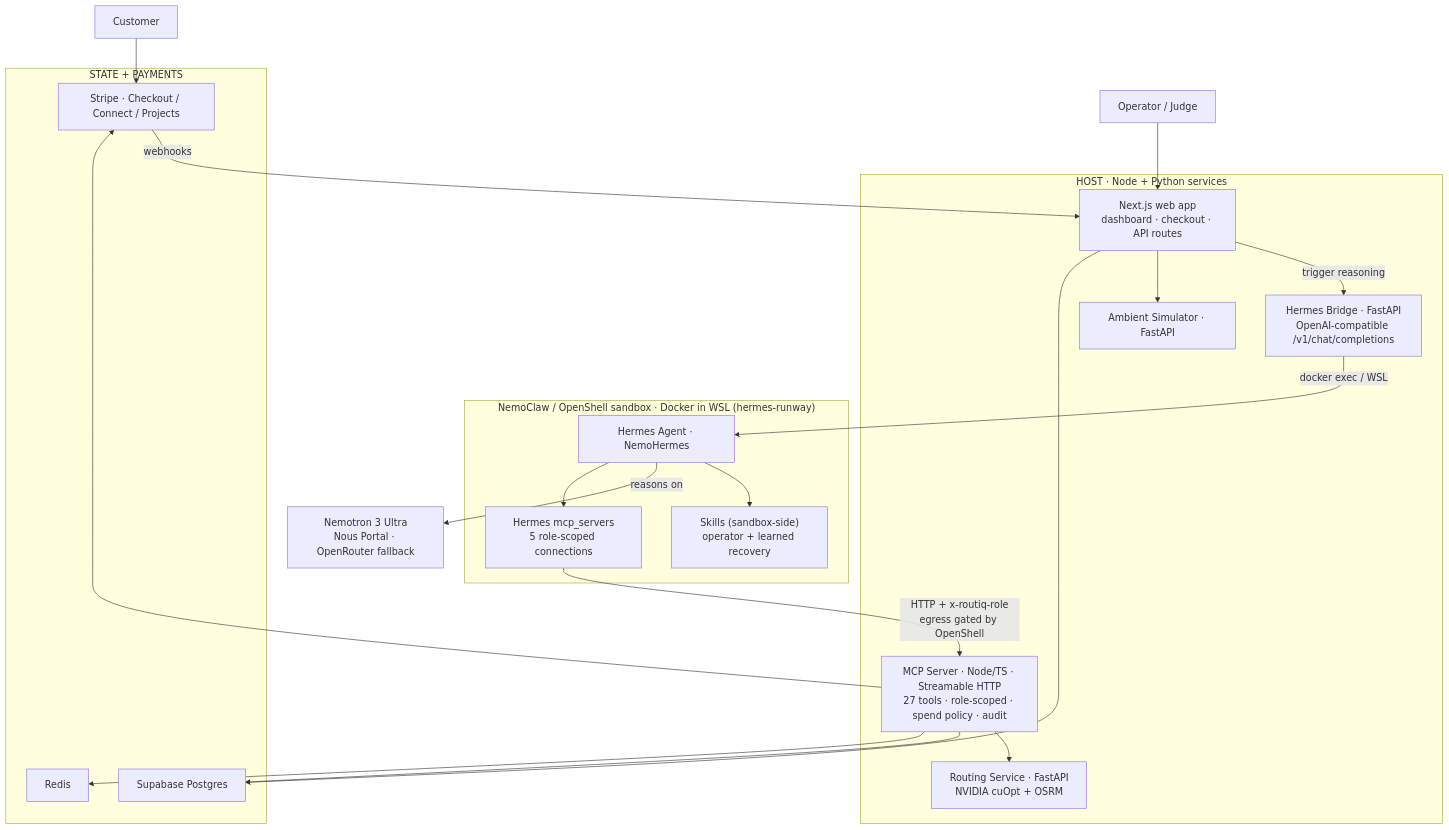
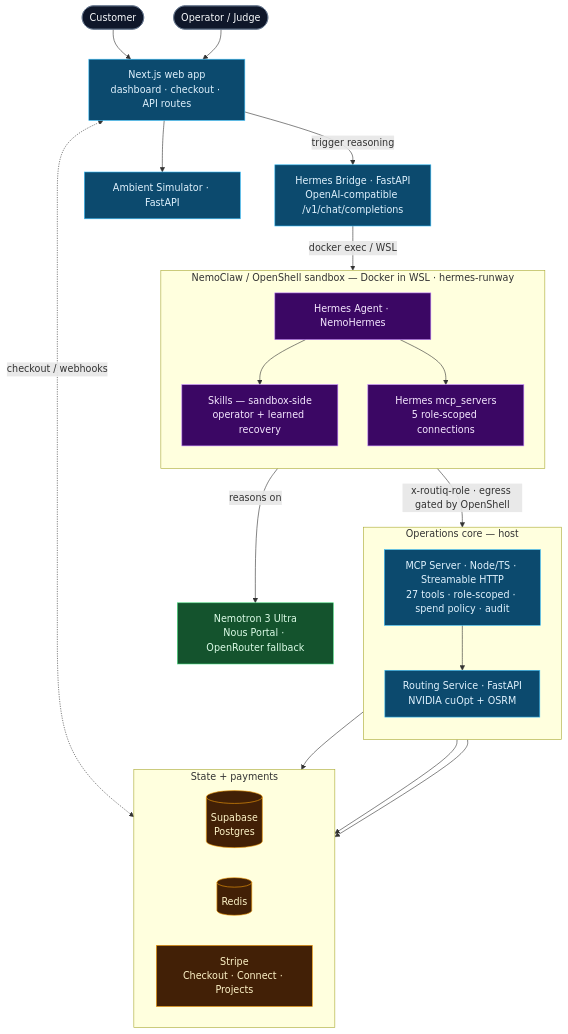
The diagram in README.md (Snehal707/HermesRoutiq), drawn with Mermaid before and after one commit. The commit also changed other lines of this file and 1 other file, not shown here.

Commit message:
docs: cleaner mermaid architecture diagram (grouped subgraphs, color-coded, clear spine)

````diff
--- a/README.md
+++ b/README.md
@@ -73,46 +73,58 @@
 ```mermaid
-flowchart TB
-  customer["Customer"]
-  operator["Operator / Judge"]
+flowchart TD
+  customer(["Customer"])
+  operator(["Operator / Judge"])
 
-  subgraph host["HOST · Node + Python services"]
-    web["Next.js web app<br/>dashboard · checkout · API routes"]
-    bridge["Hermes Bridge · FastAPI<br/>OpenAI-compatible /v1/chat/completions"]
-    mcp["MCP Server · Node/TS · Streamable HTTP<br/>27 tools · role-scoped · spend policy · audit"]
-    route["Routing Service · FastAPI<br/>NVIDIA cuOpt + OSRM"]
-    sim["Ambient Simulator · FastAPI"]
-  end
+  web["Next.js web app<br/>dashboard · checkout · API routes"]
+  bridge["Hermes Bridge · FastAPI<br/>OpenAI-compatible /v1/chat/completions"]
+  sim["Ambient Simulator · FastAPI"]
 
-  subgraph sandbox["NemoClaw / OpenShell sandbox · Docker in WSL (hermes-runway)"]
+  subgraph sandbox["NemoClaw / OpenShell sandbox — Docker in WSL · hermes-runway"]
+    direction TB
     hermes["Hermes Agent · NemoHermes"]
-    skills["Skills (sandbox-side)<br/>operator + learned recovery"]
+    skills["Skills — sandbox-side<br/>operator + learned recovery"]
     mcpcfg["Hermes mcp_servers<br/>5 role-scoped connections"]
+    hermes --> skills
+    hermes --> mcpcfg
   end
 
   nemotron["Nemotron 3 Ultra<br/>Nous Portal · OpenRouter fallback"]
 
-  subgraph infra["STATE + PAYMENTS"]
-    supabase["Supabase Postgres"]
-    redis["Redis"]
-    stripe["Stripe · Checkout / Connect / Projects"]
+  subgraph core["Operations core — host"]
+    direction TB
+    mcp["MCP Server · Node/TS · Streamable HTTP<br/>27 tools · role-scoped · spend policy · audit"]
+    routing["Routing Service · FastAPI<br/>NVIDIA cuOpt + OSRM"]
+    mcp --> routing
   end
 
-  customer --> stripe
+  subgraph data["State + payments"]
+    direction LR
+    pg[("Supabase<br/>Postgres")]
+    redis[("Redis")]
+    stripe["Stripe<br/>Checkout · Connect · Projects"]
+  end
+
+  customer --> web
   operator --> web
-  stripe -->|webhooks| web
-
+  web --> sim
   web -->|trigger reasoning| bridge
   bridge -->|docker exec / WSL| hermes
-  hermes --> skills
   hermes -->|reasons on| nemotron
-  hermes --> mcpcfg
-  mcpcfg -->|"HTTP + x-routiq-role<br/>egress gated by OpenShell"| mcp
-
-  web --> sim
-  web --> supabase
-
-  mcp --> route
-  mcp --> supabase
+  mcpcfg -->|"x-routiq-role · egress gated by OpenShell"| mcp
+  web <-. "checkout / webhooks" .-> stripe
+  mcp --> pg
   mcp --> redis
   mcp --> stripe
+
+  classDef user fill:#0f172a,stroke:#64748b,color:#f8fafc;
+  classDef app fill:#0c4a6e,stroke:#38bdf8,color:#e0f2fe;
+  classDef agent fill:#3b0764,stroke:#c084fc,color:#f5e8ff;
+  classDef model fill:#14532d,stroke:#4ade80,color:#dcfce7;
+  classDef store fill:#422006,stroke:#f59e0b,color:#fef3c7;
+
+  class customer,operator user;
+  class web,bridge,sim,mcp,routing app;
+  class hermes,skills,mcpcfg agent;
+  class nemotron model;
+  class pg,redis,stripe store;
 ```
````
